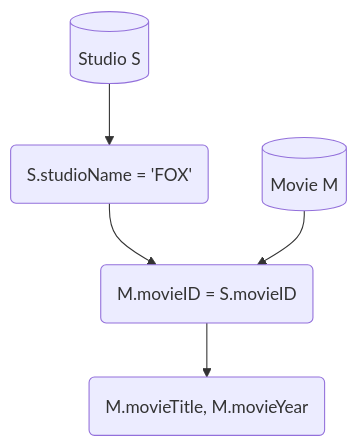
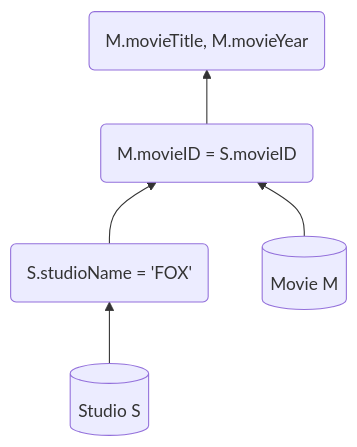
One commit to hectormiguel1/FIU changed the second of 2 diagrams in Fall 2021/COP 4751/HW1/1_PANTHERID.md. Above: the diagram before and after it, drawn with Mermaid. The commit also changed other lines of this file, not shown here.

Commit message:
Changed graphs to be bottom up

````diff
--- a/Fall 2021/COP 4751/HW1/1_PANTHERID.md
+++ b/Fall 2021/COP 4751/HW1/1_PANTHERID.md
@@ -119,7 +129,7 @@
 ```mermaid
-graph TD;
+graph BT;
     id1[(Studio S)] --> id(S.studioName = 'FOX')
     id(S.studioName = 'FOX') --> id2(M.movieID = S.movieID)
     id4[(Movie M)] --> id2(M.movieID = S.movieID)
     id2(M.movieID = S.movieID) --> id3(M.movieTitle, M.movieYear)
 ```
````
